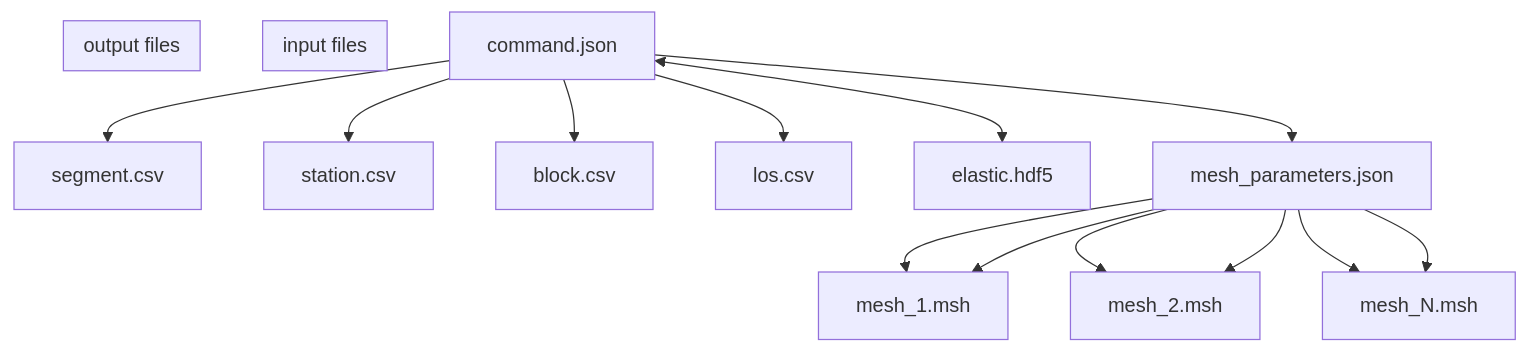
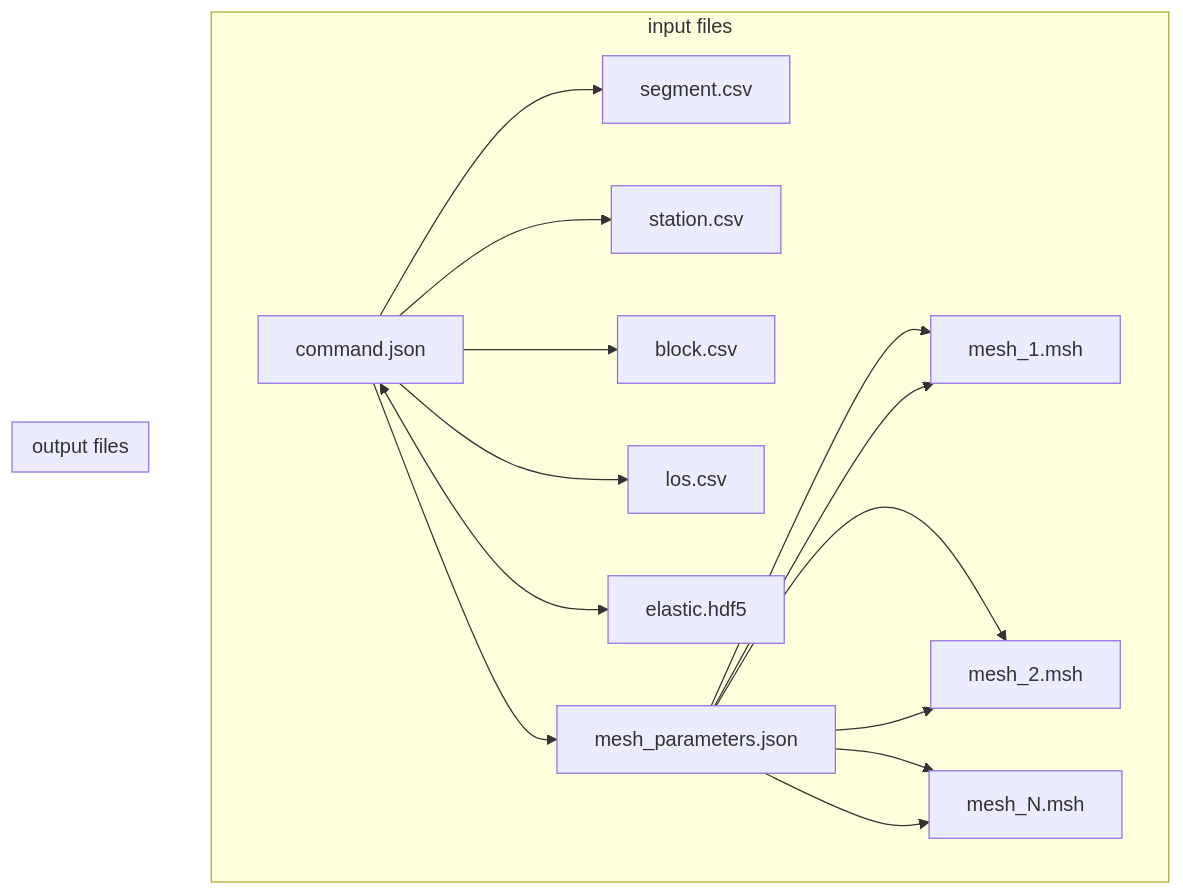
Before and after one commit to brendanjmeade/celeri: the second of 2 diagrams in README.md, drawn with Mermaid. The commit also changed other lines of this file, not shown here.

````diff
--- a/README.md
+++ b/README.md
@@ -40,19 +40,19 @@
 ```mermaid
 flowchart TD
+    subgraph input files
     command.json-->segment.csv
     command.json-->station.csv
     command.json-->block.csv
     command.json-->los.csv
     command.json<-->elastic.hdf5
     command.json-->mesh_parameters.json
     mesh_parameters.json-->mesh_1.msh
     mesh_parameters.json-->mesh_2.msh
     mesh_parameters.json-->mesh_N.msh
-    subgraph input files
     end
+    subgraph output files
     mesh_parameters.json-->mesh_1.msh
     mesh_parameters.json-->mesh_2.msh
     mesh_parameters.json-->mesh_N.msh
-    subgraph output files
     end
 ```
````
